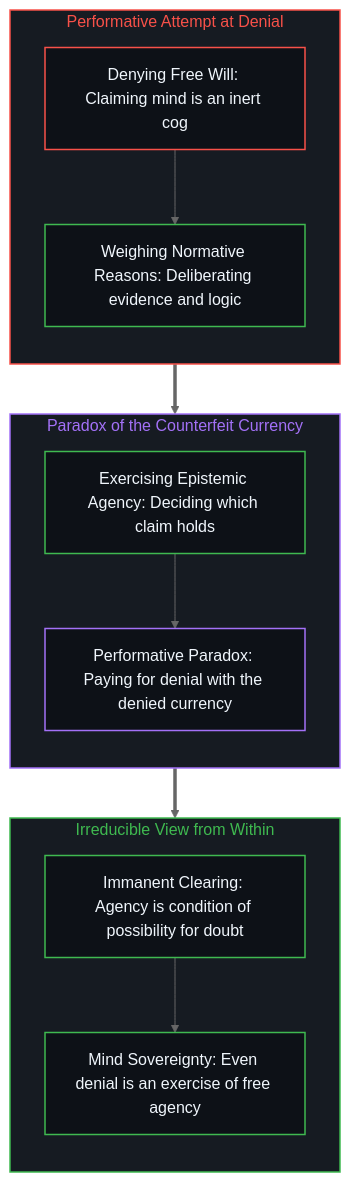
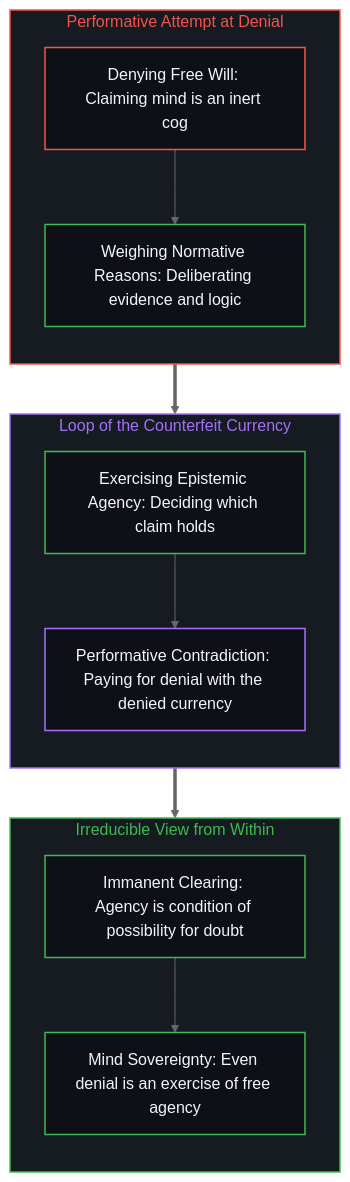
The fourth of 4 diagrams in content/posts/the-blind-spot-of-the-frame.md (powerpig99/not-a-toe), drawn with Mermaid (neutral theme) before and after one commit. The commit also changed other lines of this file and 5 other files, not shown here.

````diff
--- a/content/posts/the-blind-spot-of-the-frame.md
+++ b/content/posts/the-blind-spot-of-the-frame.md
@@ -152,32 +152,32 @@
 ```mermaid
 flowchart TD
     classDef default fill:#0d1117,stroke:#30363d,stroke-width:1px,color:#f0f6fc;
     classDef mind fill:#0d1117,stroke:#3fb950,stroke-width:1.5px,color:#f0f6fc;
     classDef warn fill:#0d1117,stroke:#d29922,stroke-width:1.5px,color:#f0f6fc;
     classDef fail fill:#0d1117,stroke:#f85149,stroke-width:1.5px,color:#f0f6fc;
     classDef model fill:#0d1117,stroke:#58a6ff,stroke-width:1.5px,color:#f0f6fc;
     classDef loop fill:#0d1117,stroke:#a371f7,stroke-width:1.5px,color:#f0f6fc;
     subgraph S_Denial ["Performative Attempt at Denial"]
         direction TB
         DenyClaim["Denying Free Will: Claiming mind is an inert cog"]:::fail
         NormativeWeighing["Weighing Normative Reasons: Deliberating evidence and logic"]:::mind
         DenyClaim --> NormativeWeighing
     end
-    subgraph S_Currency ["Paradox of the Counterfeit Currency"]
+    subgraph S_Currency ["Loop of the Counterfeit Currency"]
         direction TB
         EpistemicAgency["Exercising Epistemic Agency: Deciding which claim holds"]:::mind
-        CounterfeitLoop["Performative Paradox: Paying for denial with the denied currency"]:::loop
+        CounterfeitLoop["Performative Contradiction: Paying for denial with the denied currency"]:::loop
         EpistemicAgency --> CounterfeitLoop
     end
     subgraph S_Irreducible ["Irreducible View from Within"]
         direction TB
         ImmanentGround["Immanent Clearing: Agency is condition of possibility for doubt"]:::mind
         Sovereignty["Mind Sovereignty: Even denial is an exercise of free agency"]:::mind
         ImmanentGround --> Sovereignty
     end
     S_Denial ==> S_Currency
     S_Currency ==> S_Irreducible
     style S_Denial fill:#161b22,stroke:#f85149,stroke-width:1.5px,color:#f85149
     style S_Currency fill:#161b22,stroke:#a371f7,stroke-width:1.5px,color:#a371f7
     style S_Irreducible fill:#161b22,stroke:#3fb950,stroke-width:1.5px,color:#3fb950
 ```
````
